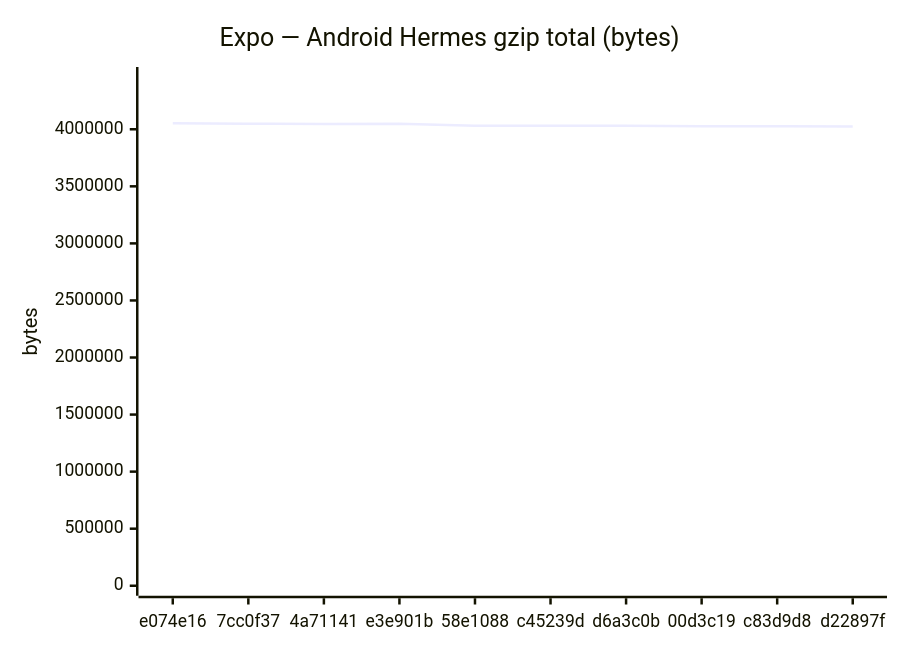
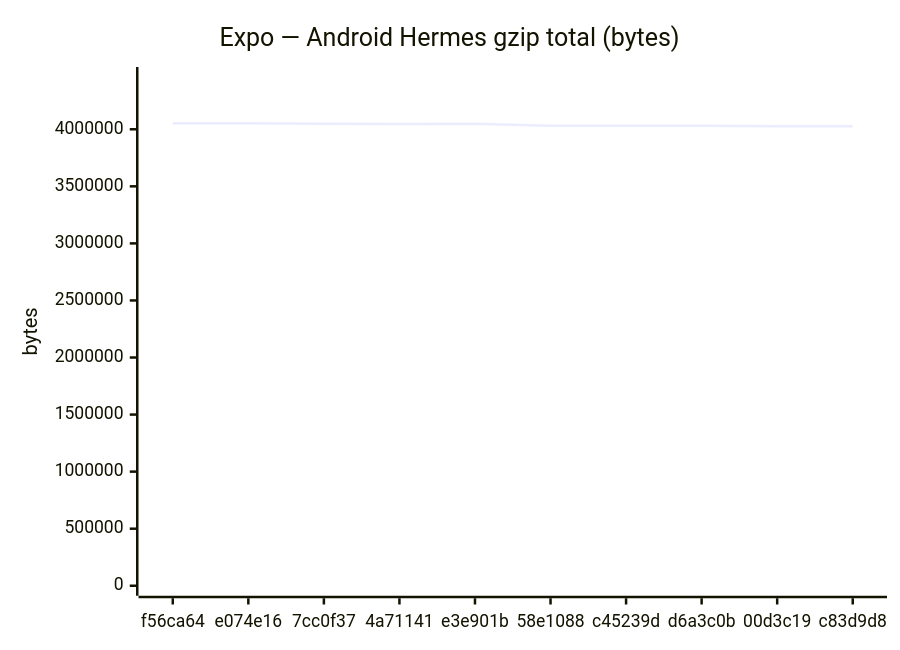
The fifth of 18 diagrams in benchmarks/compare.md (Metaheurist/Rianell), drawn with Mermaid before and after one commit. The commit also changed other lines of this file and 11 other files, not shown here.

````diff
--- a/benchmarks/compare.md
+++ b/benchmarks/compare.md
@@ -89,7 +89,7 @@
 ```mermaid
 xychart-beta
     title "Expo — Android Hermes gzip total (bytes)"
-    x-axis ["e074e16", "7cc0f37", "4a71141", "e3e901b", "58e1088", "c45239d", "d6a3c0b", "00d3c19", "c83d9d8", "d22897f"]
-    y-axis "bytes" 0 --> 4458095
-    line [4052813, 4049448, 4046554, 4048091, 4030638, 4030634, 4030639, 4025609, 4026084, 4023969]
+    x-axis ["f56ca64", "e074e16", "7cc0f37", "4a71141", "e3e901b", "58e1088", "c45239d", "d6a3c0b", "00d3c19", "c83d9d8"]
+    y-axis "bytes" 0 --> 4458104
+    line [4052821, 4052813, 4049448, 4046554, 4048091, 4030638, 4030634, 4030639, 4025609, 4026084]
 ```
````
